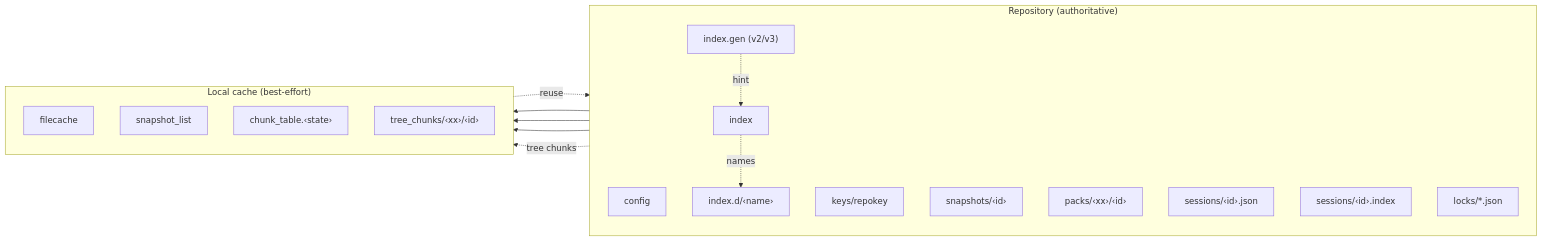
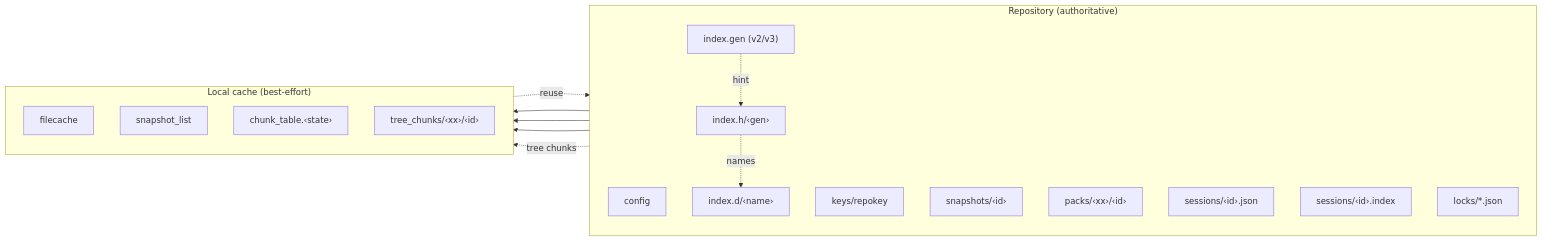
Before and after one commit to borgbase/vykar: the first of 7 diagrams in docs/src/content/docs/architecture.md, drawn with Mermaid. The commit also changed other lines of this file and 90 other files, not shown here.

````diff
--- a/docs/src/content/docs/architecture.md
+++ b/docs/src/content/docs/architecture.md
@@ -291,32 +295,32 @@
 ```mermaid
 flowchart LR
     subgraph Repo["Repository (authoritative)"]
         direction TB
         config["config"]
         repokey["keys/repokey"]
-        index["index"]
+        index["index.h/‹gen›"]
         indexd["index.d/‹name›"]
         indexgen["index.gen (v2/v3)"]
         snapshots["snapshots/‹id›"]
         packs["packs/‹xx›/‹id›"]
         sessions["sessions/‹id›.json"]
         journal["sessions/‹id›.index"]
         locks["locks/*.json"]
     end
 
     subgraph Cache["Local cache (best-effort)"]
         direction TB
         filecache["filecache"]
         snapshotlist["snapshot_list"]
         chunktable["chunk_table.‹state›"]
         treechunks["tree_chunks/‹xx›/‹id›"]
     end
 
     index --> chunktable
     snapshots --> snapshotlist
     filecache -. reuse .-> index
     indexgen -. hint .-> index
     index -. names .-> indexd
     indexd --> chunktable
     packs -. tree chunks .-> treechunks
 ```
````
